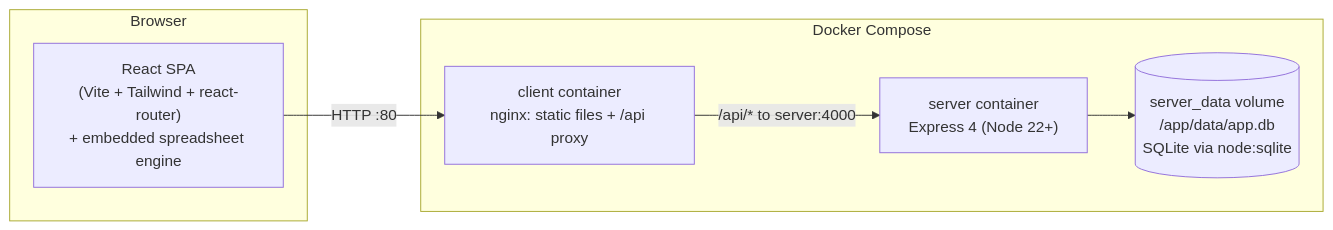
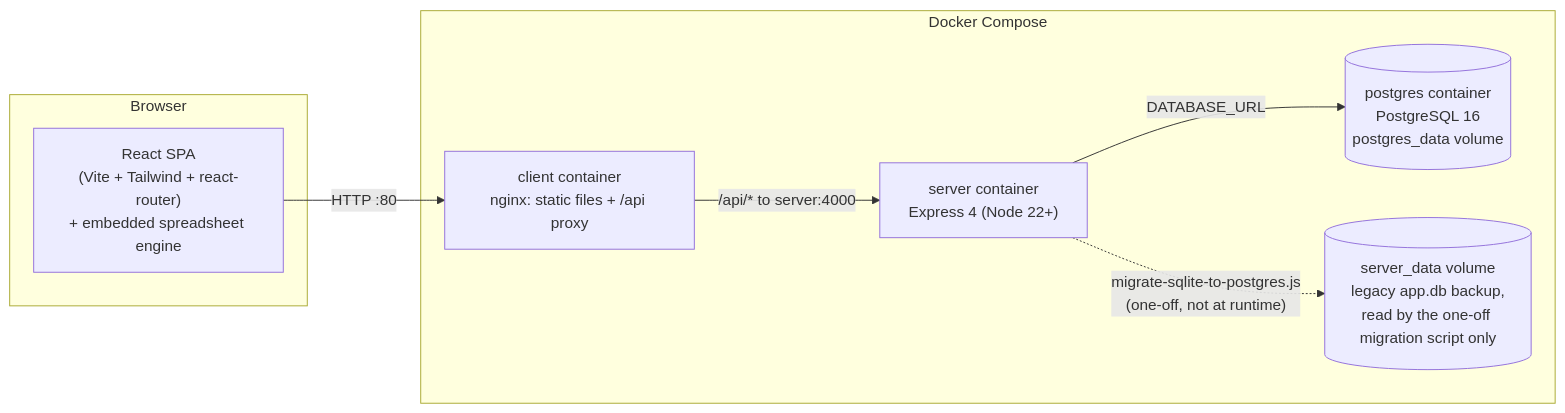
One commit to phonevilleofficial2025/stock-predictor changed the first of 9 diagrams in docs/ARCHITECTURE.md. Above: the diagram before and after it, drawn with Mermaid. The commit also changed other lines of this file and 33 other files, not shown here.

````diff
--- a/docs/ARCHITECTURE.md
+++ b/docs/ARCHITECTURE.md
@@ -5,14 +5,16 @@
 ```mermaid
 flowchart LR
   subgraph Browser
     SPA["React SPA<br/>(Vite + Tailwind + react-router)<br/>+ embedded spreadsheet engine"]
   end
   subgraph Docker["Docker Compose"]
     NGINX["client container<br/>nginx: static files + /api proxy"]
     API["server container<br/>Express 4 (Node 22+)"]
-    VOL[("server_data volume<br/>/app/data/app.db<br/>SQLite via node:sqlite")]
+    PG[("postgres container<br/>PostgreSQL 16<br/>postgres_data volume")]
+    VOL[("server_data volume<br/>legacy app.db backup,<br/>read by the one-off migration script only")]
   end
   SPA -- "HTTP :80" --> NGINX
   NGINX -- "/api/* to server:4000" --> API
-  API --> VOL
+  API -- "DATABASE_URL" --> PG
+  API -. "migrate-sqlite-to-postgres.js<br/>(one-off, not at runtime)" .-> VOL
 ```
````
